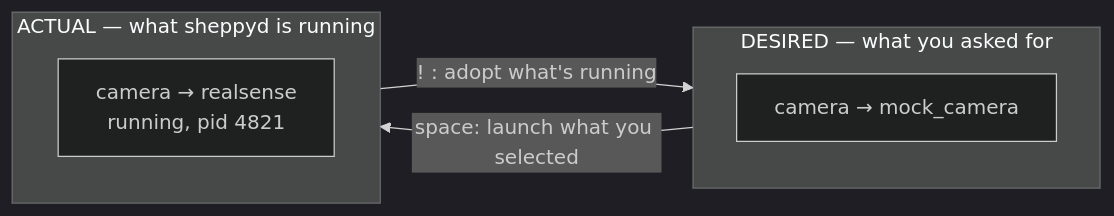
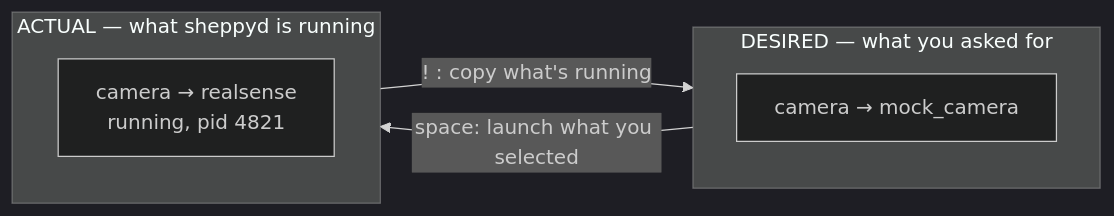
The second of 3 diagrams in docs/concepts.mdx (rammp-org/sheppy), drawn with Mermaid (dark theme) before and after one commit. The commit also changed other lines of this file and 12 other files, not shown here.

````diff
--- a/docs/concepts.mdx
+++ b/docs/concepts.mdx
@@ -54,11 +54,11 @@
 ```mermaid
 flowchart LR
   subgraph D["DESIRED — what you asked for"]
     A["camera → mock_camera"]
   end
   subgraph A2["ACTUAL — what sheppyd is running"]
     B["camera → realsense<br/>running, pid 4821"]
   end
   D -->|"space: launch what you selected"| A2
-  A2 -->|"! : adopt what's running"| D
+  A2 -->|"! : copy what's running"| D
 ```
````
